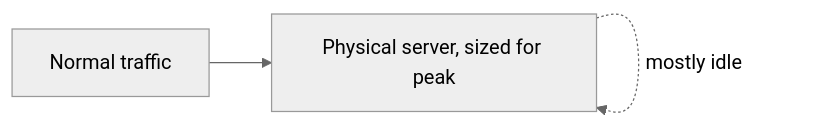
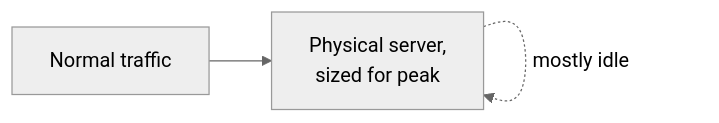
Before and after one commit to zirachw/LockedIn: the second of 3 diagrams in system-design/cloud/cloud.md, drawn with Mermaid (neutral theme).

Commit message:
feat: adjust cloud

````diff
--- a/system-design/cloud/cloud.md
+++ b/system-design/cloud/cloud.md
@@ -20,5 +20,5 @@
 ```mermaid
 flowchart LR
-    U1[Normal traffic] --> S[Physical server, sized for peak]
+    U1[Normal traffic] --> S[Physical server,<br/>sized for peak]
     S -.mostly idle.-> S
 ```
````
